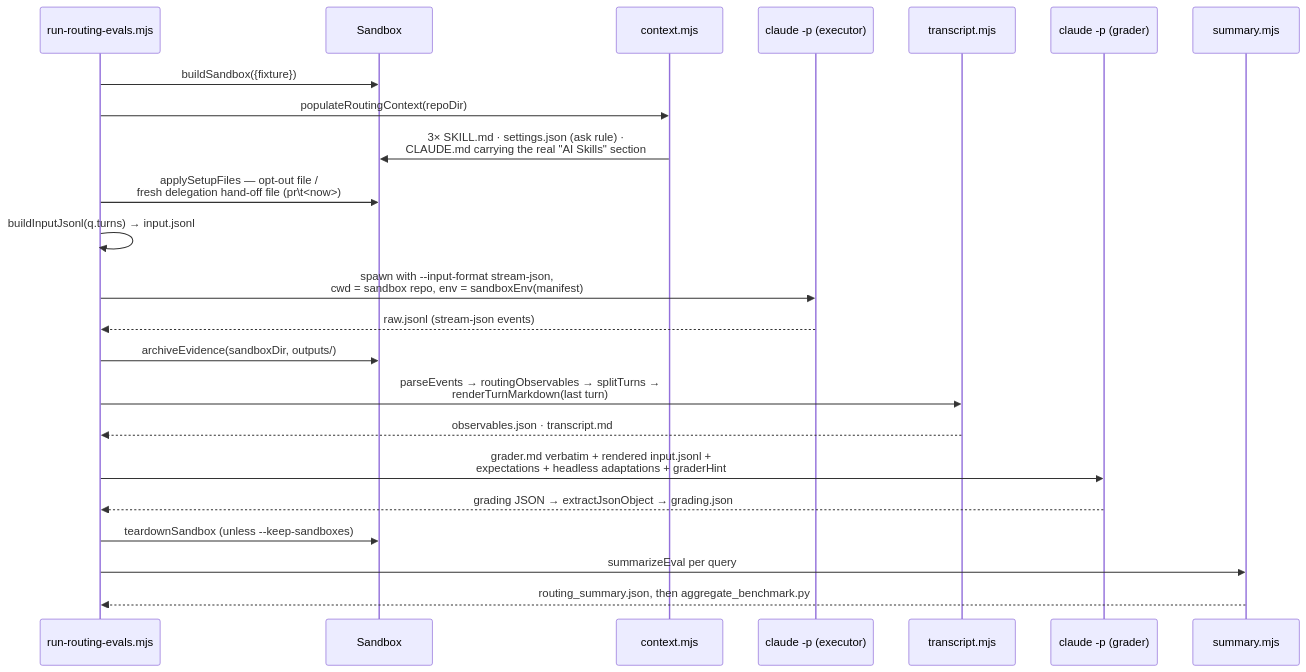
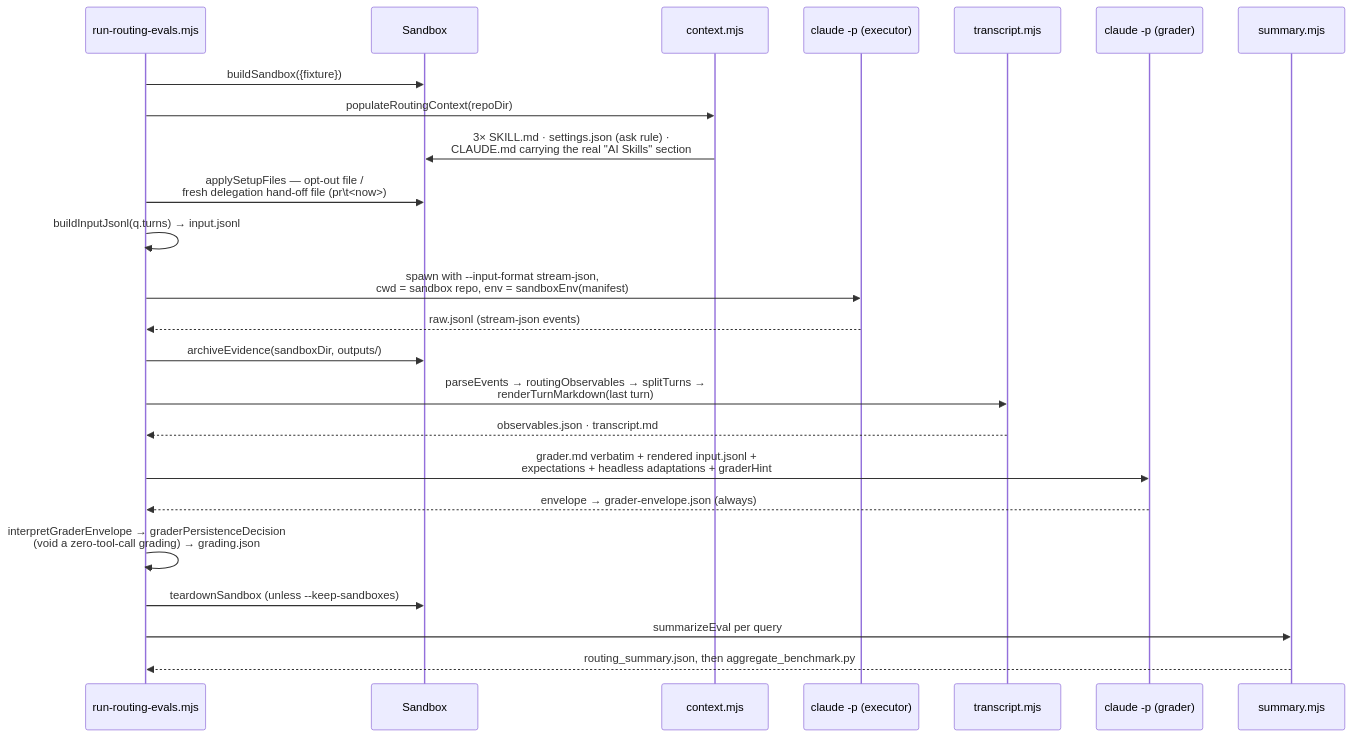
The third of 3 diagrams in docs/design-skill-evals-harness.md (Intentional-Society/is-app), drawn with Mermaid before and after one commit. The commit also changed other lines of this file and 5 other files, not shown here.

````diff
--- a/docs/design-skill-evals-harness.md
+++ b/docs/design-skill-evals-harness.md
@@ -737,26 +738,27 @@
 ```mermaid
 sequenceDiagram
   participant R as run-routing-evals.mjs
   participant SB as Sandbox
   participant C as context.mjs
   participant E as claude -p (executor)
   participant T as transcript.mjs
   participant GR as claude -p (grader)
   participant S as summary.mjs
 
   R->>SB: buildSandbox({fixture})
   R->>C: populateRoutingContext(repoDir)
   C->>SB: 3× SKILL.md · settings.json (ask rule) ·<br/>CLAUDE.md carrying the real "AI Skills" section
   R->>SB: applySetupFiles — opt-out file /<br/>fresh delegation hand-off file (pr\t<now>)
   R->>R: buildInputJsonl(q.turns) → input.jsonl
   R->>E: spawn with --input-format stream-json,<br/>cwd = sandbox repo, env = sandboxEnv(manifest)
   E-->>R: raw.jsonl (stream-json events)
   R->>SB: archiveEvidence(sandboxDir, outputs/)
   R->>T: parseEvents → routingObservables → splitTurns →<br/>renderTurnMarkdown(last turn)
   T-->>R: observables.json · transcript.md
   R->>GR: grader.md verbatim + rendered input.jsonl +<br/>expectations + headless adaptations + graderHint
-  GR-->>R: grading JSON → extractJsonObject → grading.json
+  GR-->>R: envelope → grader-envelope.json (always)
+  R->>R: interpretGraderEnvelope → graderPersistenceDecision<br/>(void a zero-tool-call grading) → grading.json
   R->>SB: teardownSandbox (unless --keep-sandboxes)
   R->>S: summarizeEval per query
   S-->>R: routing_summary.json, then aggregate_benchmark.py
 ```
````
